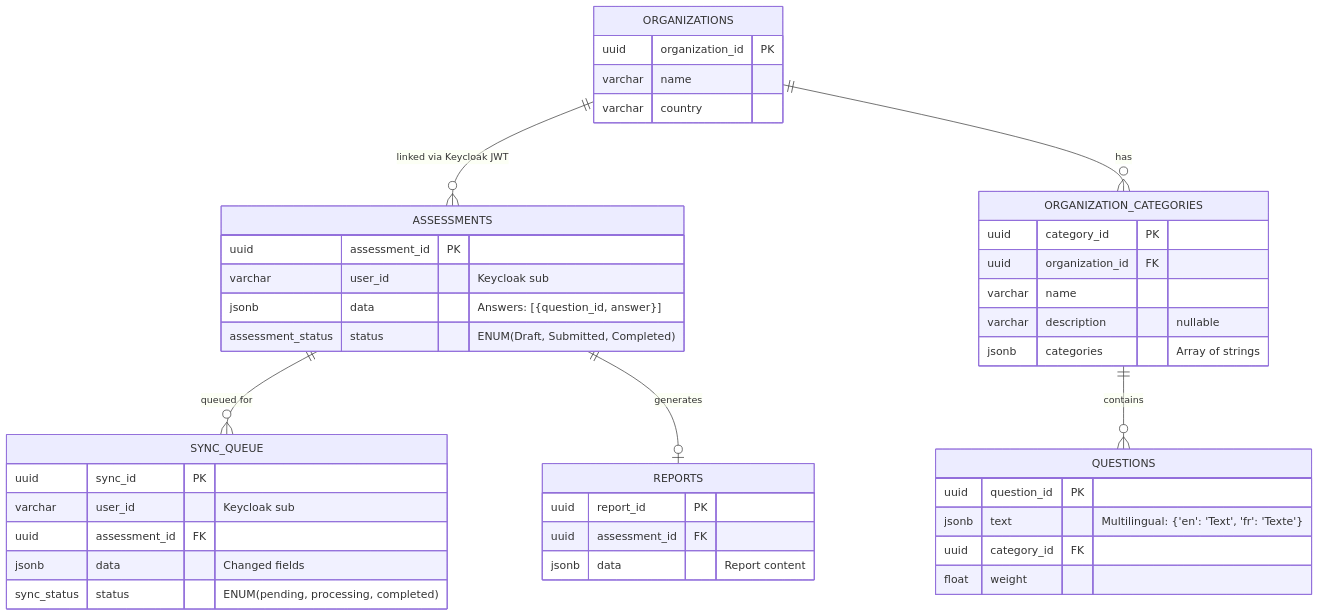
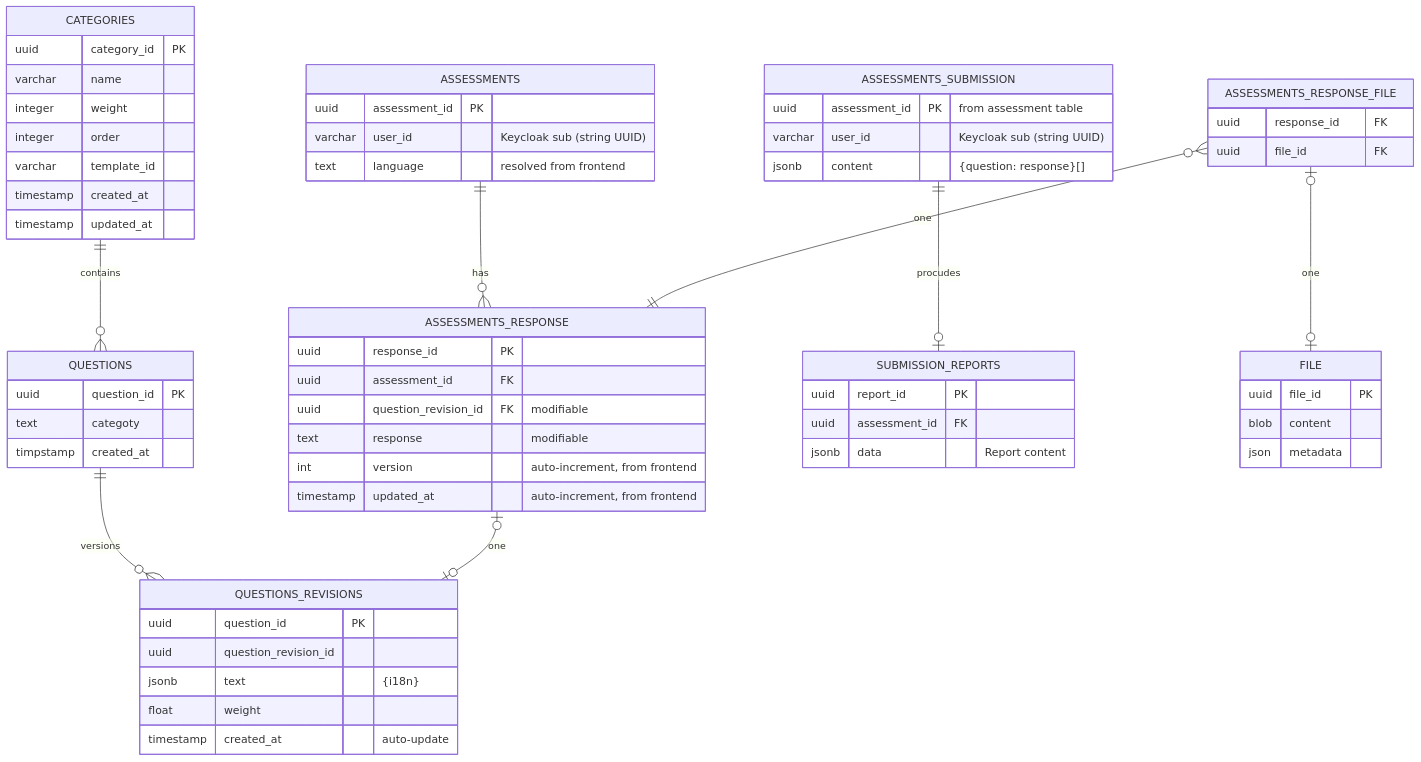
One commit to ADORSYS-GIS/DGAT-sustainability changed the fifth of 5 diagrams in docs/architecture/arc42.md. Above: the diagram before and after it, drawn with Mermaid. The commit also changed other lines of this file, not shown here.

Commit message:
docs(architecture): update to reflect JWT structure, Keycloak integration, and revised database schema

````diff
--- a/docs/architecture/arc42.md
+++ b/docs/architecture/arc42.md
@@ -298,50 +292,72 @@
 ```mermaid
 erDiagram
-    ORGANIZATIONS ||--o{ ASSESSMENTS : "linked via Keycloak JWT"
-    ORGANIZATIONS ||--o{ ORGANIZATION_CATEGORIES : "has"
-    ORGANIZATION_CATEGORIES ||--o{ QUESTIONS : "contains"
-    ASSESSMENTS ||--o{ SYNC_QUEUE : "queued for"
-    ASSESSMENTS ||--o| REPORTS : "generates"
+    CATEGORIES ||--o{ QUESTIONS : "contains"
+    ASSESSMENTS ||--o{ ASSESSMENTS_RESPONSE : "has"
+    ASSESSMENTS_SUBMISSION ||--o| SUBMISSION_REPORTS : "procudes"
+    QUESTIONS  || --o{ QUESTIONS_REVISIONS : "versions"
+    ASSESSMENTS_RESPONSE |o--o| QUESTIONS_REVISIONS : "one"
+    ASSESSMENTS_RESPONSE_FILE }o--|| ASSESSMENTS_RESPONSE : "one"
+    ASSESSMENTS_RESPONSE_FILE |o--o| FILE : "one"
 
-    ORGANIZATIONS {
-        uuid organization_id PK
-        varchar name
-        varchar country
+    ASSESSMENTS_SUBMISSION {
+        uuid assessment_id PK "from assessment table"
+        varchar user_id "Keycloak sub (string UUID)"
+        jsonb content "{question: response}[]"
     }
 
     ASSESSMENTS {
         uuid assessment_id PK
-        varchar user_id "Keycloak sub"
-        jsonb data "Answers: [{question_id, answer}]"
-        assessment_status status "ENUM(Draft, Submitted, Completed)"
+        varchar user_id "Keycloak sub (string UUID)"
+        text language "resolved from frontend"
     }
 
-    ORGANIZATION_CATEGORIES {
-        uuid category_id PK
-        uuid organization_id FK
-        varchar name
-        varchar description "nullable"
-        jsonb categories "Array of strings"
+    ASSESSMENTS_RESPONSE {
+        uuid response_id PK
+        uuid assessment_id FK
+        uuid question_revision_id FK "modifiable"
+        text response "modifiable"
+        int version "auto-increment, from frontend"
+        timestamp updated_at "auto-increment, from frontend"
+    }
+
+    ASSESSMENTS_RESPONSE_FILE {
+        uuid response_id FK
+        uuid file_id FK
+    }
+
+    FILE {
+        uuid file_id PK
+        blob content
+        json metadata
     }
 
     QUESTIONS {
         uuid question_id PK
-        jsonb text "Multilingual: {'en': 'Text', 'fr': 'Texte'}"
-        uuid category_id FK
-        float weight
+        text categoty
+        timpstamp created_at
     }
 
-    SYNC_QUEUE {
-        uuid sync_id PK
-        varchar user_id "Keycloak sub"
-        uuid assessment_id FK
-        jsonb data "Changed fields"
-        sync_status status "ENUM(pending, processing, completed)"
+    QUESTIONS_REVISIONS {
+        uuid question_id PK
+        uuid question_revision_id
+        jsonb text "{i18n}"
+        float weight
+        timestamp created_at "auto-update"
     }
 
-    REPORTS {
+    SUBMISSION_REPORTS {
         uuid report_id PK
         uuid assessment_id FK
         jsonb data "Report content"
     }
+    
+    CATEGORIES {
+        uuid category_id PK
+        varchar name
+        integer weight
+        integer order
+        varchar template_id
+        timestamp created_at
+        timestamp updated_at
+    }
 ```
````
